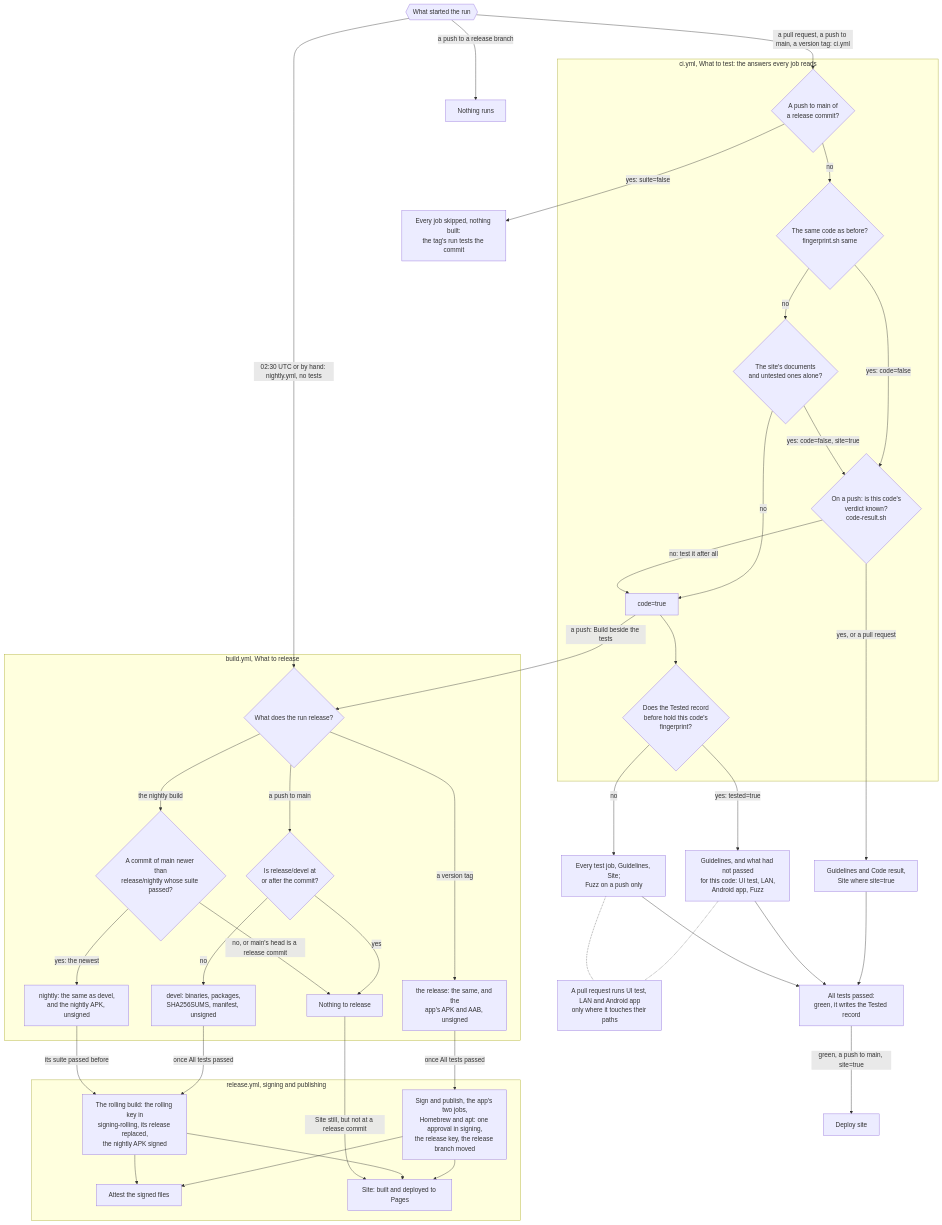
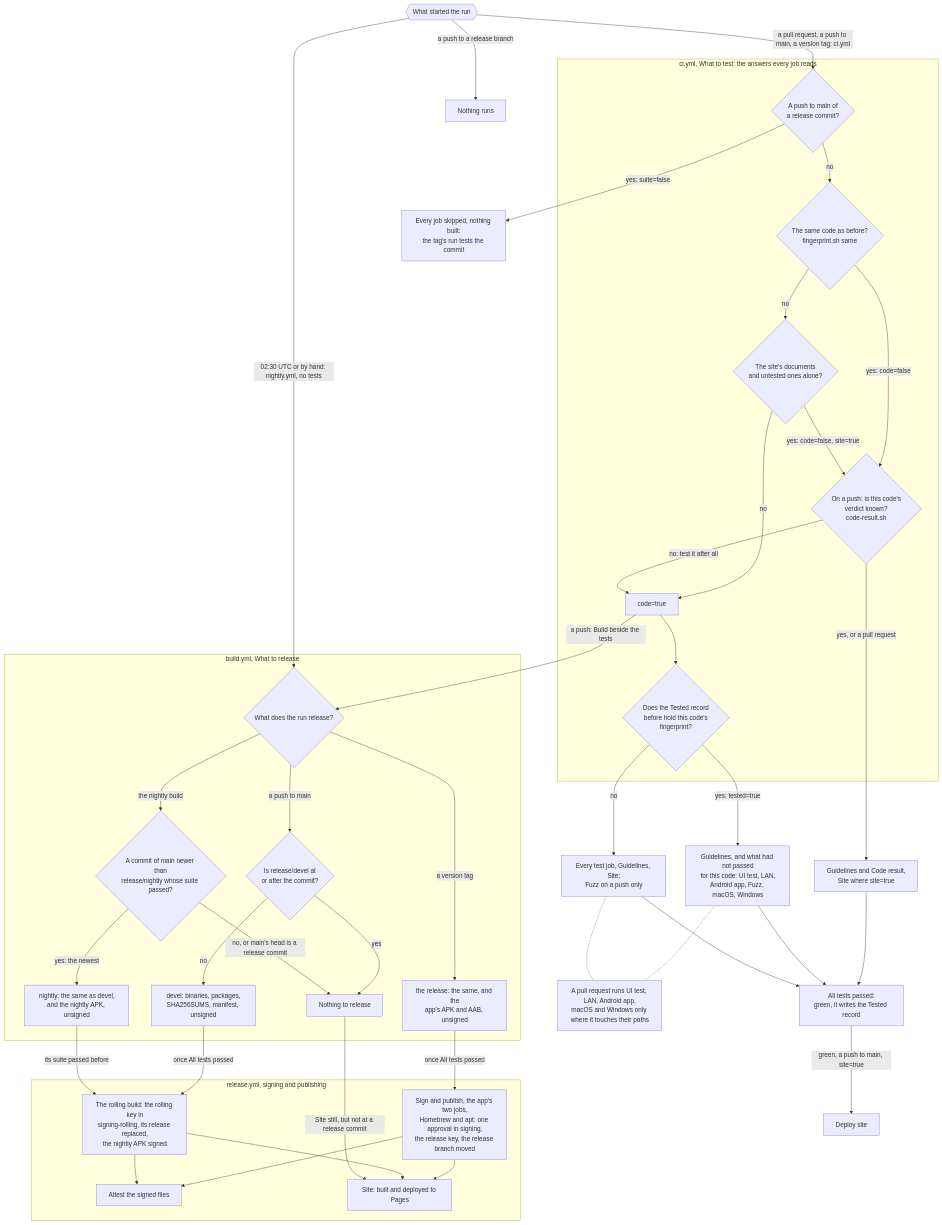
One commit to metaworx/massimo changed the diagram in GUIDELINES/project/CI.md. Above: the diagram before and after it, drawn with Mermaid. The commit also changed other lines of this file and 4 other files, not shown here.

First line of the commit message:
ci(tests): The macOS and Windows jobs run where their code or the announcement changed

````diff
--- a/GUIDELINES/project/CI.md
+++ b/GUIDELINES/project/CI.md
@@ -38,69 +38,69 @@
 ```mermaid
 flowchart TD
     start{{"What started the run"}}
     start -->|"a pull request, a push to main, a version tag: ci.yml"| relcommit
     start -->|"02:30 UTC or by hand: nightly.yml, no tests"| kind
     start -->|"a push to a release branch"| idle["Nothing runs"]
 
     subgraph gate ["ci.yml, What to test: the answers every job reads"]
         relcommit{"A push to main of<br/>a release commit?"}
         same{"The same code as before?<br/>fingerprint.sh same"}
         siteonly{"The site's documents<br/>and untested ones alone?"}
         known{"On a push: is this code's<br/>verdict known?<br/>code-result.sh"}
         codetrue["code=true"]
         record{"Does the Tested record<br/>before hold this code's<br/>fingerprint?"}
         relcommit -->|no| same
         same -->|"yes: code=false"| known
         same -->|no| siteonly
         siteonly -->|"yes: code=false, site=true"| known
         siteonly -->|no| codetrue
         known -->|"no: test it after all"| codetrue
         codetrue --> record
     end
 
     relcommit -->|"yes: suite=false"| skipped["Every job skipped, nothing built:<br/>the tag's run tests the commit"]
     known -->|"yes, or a pull request"| docs["Guidelines and Code result,<br/>Site where site=true"]
-    record -->|"yes: tested=true"| retest["Guidelines, and what had not passed<br/>for this code: UI test, LAN,<br/>Android app, Fuzz"]
+    record -->|"yes: tested=true"| retest["Guidelines, and what had not passed<br/>for this code: UI test, LAN,<br/>Android app, Fuzz, macOS, Windows"]
     record -->|no| full["Every test job, Guidelines, Site;<br/>Fuzz on a push only"]
-    paths["A pull request runs UI test, LAN and Android app<br/>only where it touches their paths"]
+    paths["A pull request runs UI test, LAN, Android app,<br/>macOS and Windows only where it touches their paths"]
     retest -.- paths
     full -.- paths
     docs --> atp["All tests passed:<br/>green, it writes the Tested record"]
     retest --> atp
     full --> atp
     atp -->|"green, a push to main, site=true"| deploy["Deploy site"]
     codetrue -->|"a push: Build beside the tests"| kind
 
     subgraph build ["build.yml, What to release"]
         kind{"What does the run release?"}
         devel{"Is release/devel at<br/>or after the commit?"}
         pick{"A commit of main newer than<br/>release/nightly whose suite passed?"}
         nothing["Nothing to release"]
         rdevel["devel: binaries, packages,<br/>SHA256SUMS, manifest, unsigned"]
         rtag["the release: the same, and the<br/>app's APK and AAB, unsigned"]
         rnightly["nightly: the same as devel,<br/>and the nightly APK, unsigned"]
         kind -->|"a push to main"| devel
         kind -->|"a version tag"| rtag
         kind -->|"the nightly build"| pick
         devel -->|no| rdevel
         devel -->|yes| nothing
         pick -->|"yes: the newest"| rnightly
         pick -->|"no, or main's head is a release commit"| nothing
     end
 
     subgraph rel ["release.yml, signing and publishing"]
         sign["Sign and publish, the app's two jobs,<br/>Homebrew and apt: one approval in signing,<br/>the release key, the release branch moved"]
         rolling["The rolling build: the rolling key in<br/>signing-rolling, its release replaced,<br/>the nightly APK signed"]
         attest["Attest the signed files"]
         site["Site: built and deployed to Pages"]
         sign --> attest
         rolling --> attest
         sign --> site
         rolling --> site
     end
 
     rtag -->|"once All tests passed"| sign
     rdevel -->|"once All tests passed"| rolling
     rnightly -->|"its suite passed before"| rolling
     nothing -->|"Site still, but not at a release commit"| site
 ```
````
